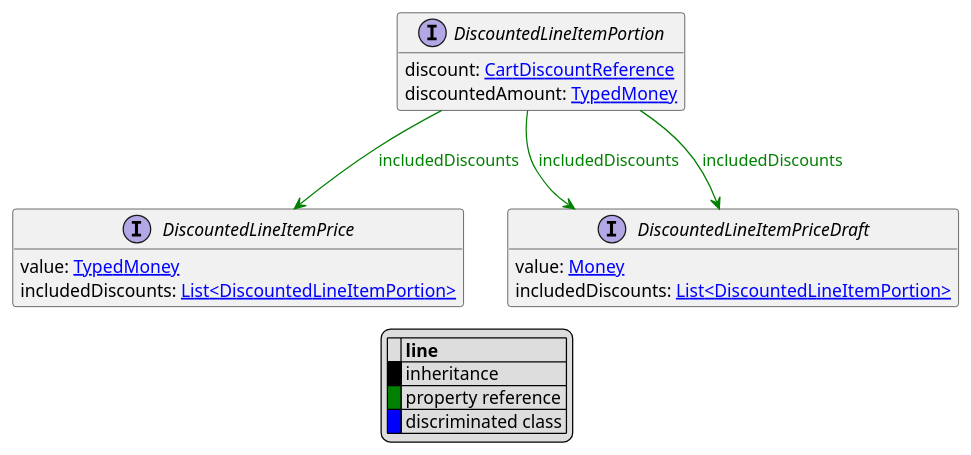
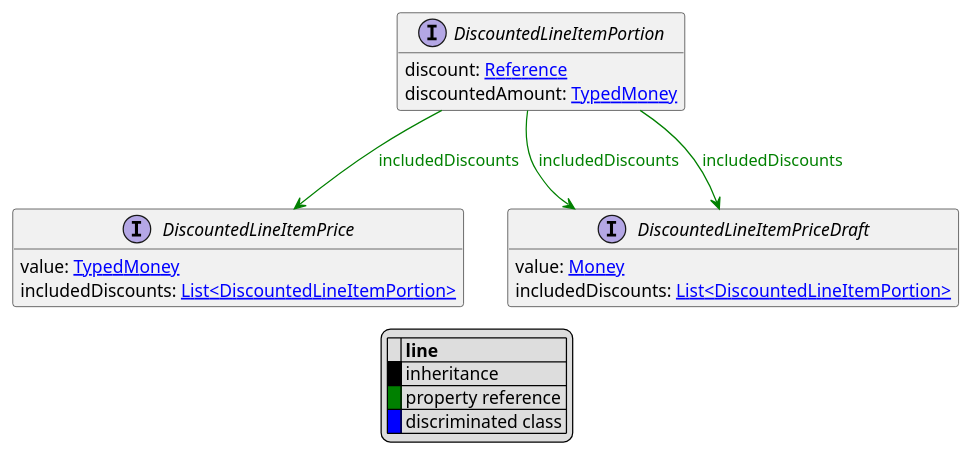
The diagram in uml/api/DiscountedLineItemPortion.puml (commercetools/commercetools-api-reference), drawn with PlantUML before and after one commit. The commit also changed 12 other files, not shown here.

```diff
--- a/uml/api/DiscountedLineItemPortion.puml
+++ b/uml/api/DiscountedLineItemPortion.puml
@@ -1,30 +1,30 @@
 @startuml
 
 hide empty fields
 hide empty methods
 legend
 |= |= line |
 |<back:black>   </back>| inheritance |
 |<back:green>   </back>| property reference |
 |<back:blue>   </back>| discriminated class |
 endlegend
 interface DiscountedLineItemPortion [[DiscountedLineItemPortion.svg]]  {
-    discount: [[CartDiscountReference.svg CartDiscountReference]]
+    discount: [[Reference.svg Reference]]
     discountedAmount: [[TypedMoney.svg TypedMoney]]
 }
 
 
 
 interface DiscountedLineItemPrice [[DiscountedLineItemPrice.svg]]  {
     value: [[TypedMoney.svg TypedMoney]]
     includedDiscounts: [[DiscountedLineItemPortion.svg List<DiscountedLineItemPortion>]]
 }
 interface DiscountedLineItemPriceDraft [[DiscountedLineItemPriceDraft.svg]]  {
     value: [[Money.svg Money]]
     includedDiscounts: [[DiscountedLineItemPortion.svg List<DiscountedLineItemPortion>]]
 }
 
 DiscountedLineItemPortion --> DiscountedLineItemPrice #green;text:green : "includedDiscounts"
 DiscountedLineItemPortion --> DiscountedLineItemPriceDraft #green;text:green : "includedDiscounts"
 DiscountedLineItemPortion --> DiscountedLineItemPriceDraft #green;text:green : "includedDiscounts"
 @enduml
```
